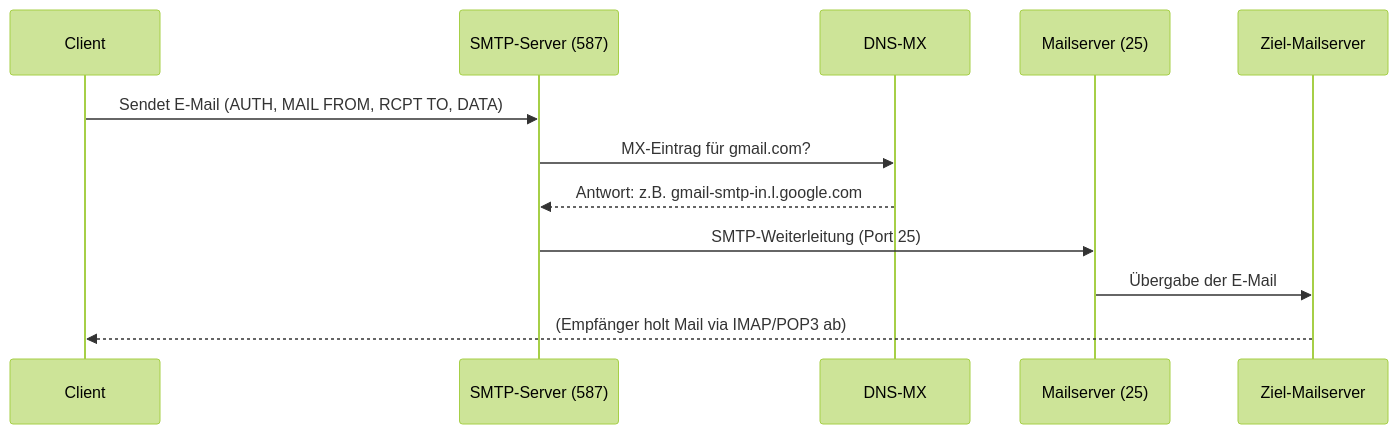
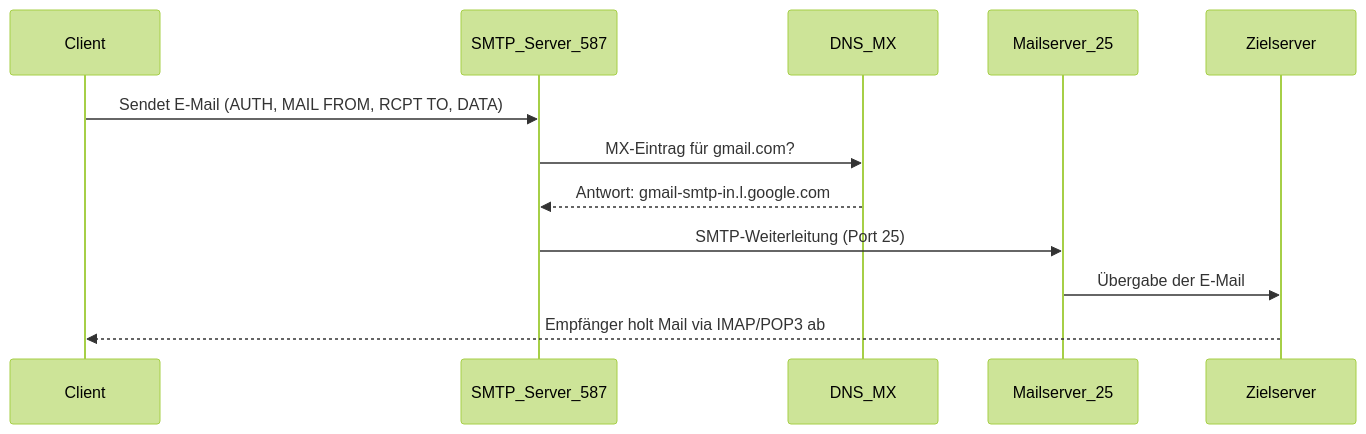
One commit to Mengyuuuuuuu/wang.ist-site changed the diagram in notes/SMTP-Grundlagen-und-Funktionsweise.md. Above: the diagram before and after it, drawn with Mermaid (forest theme).

Commit message:
fix: correct Mermaid syntax in SMTP note so diagram renders properly

````diff
--- a/notes/SMTP-Grundlagen-und-Funktionsweise.md
+++ b/notes/SMTP-Grundlagen-und-Funktionsweise.md
@@ -132,15 +132,9 @@
 ```mermaid
 sequenceDiagram
-    participant Client
-    participant Submission as SMTP-Server (587)
-    participant DNS as DNS-MX
-    participant Transit as Mailserver (25)
-    participant Inbox as Ziel-Mailserver
-
-    Client->>Submission: Sendet E-Mail (AUTH, MAIL FROM, RCPT TO, DATA)
-    Submission->>DNS: MX-Eintrag für gmail.com?
-    DNS-->>Submission: Antwort: z.B. gmail-smtp-in.l.google.com
-    Submission->>Transit: SMTP-Weiterleitung (Port 25)
-    Transit->>Inbox: Übergabe der E-Mail
-    Inbox-->>Client: (Empfänger holt Mail via IMAP/POP3 ab)
+    Client->>SMTP_Server_587: Sendet E-Mail (AUTH, MAIL FROM, RCPT TO, DATA)
+    SMTP_Server_587->>DNS_MX: MX-Eintrag für gmail.com?
+    DNS_MX-->>SMTP_Server_587: Antwort: gmail-smtp-in.l.google.com
+    SMTP_Server_587->>Mailserver_25: SMTP-Weiterleitung (Port 25)
+    Mailserver_25->>Zielserver: Übergabe der E-Mail
+    Zielserver-->>Client: Empfänger holt Mail via IMAP/POP3 ab
 ```
````
